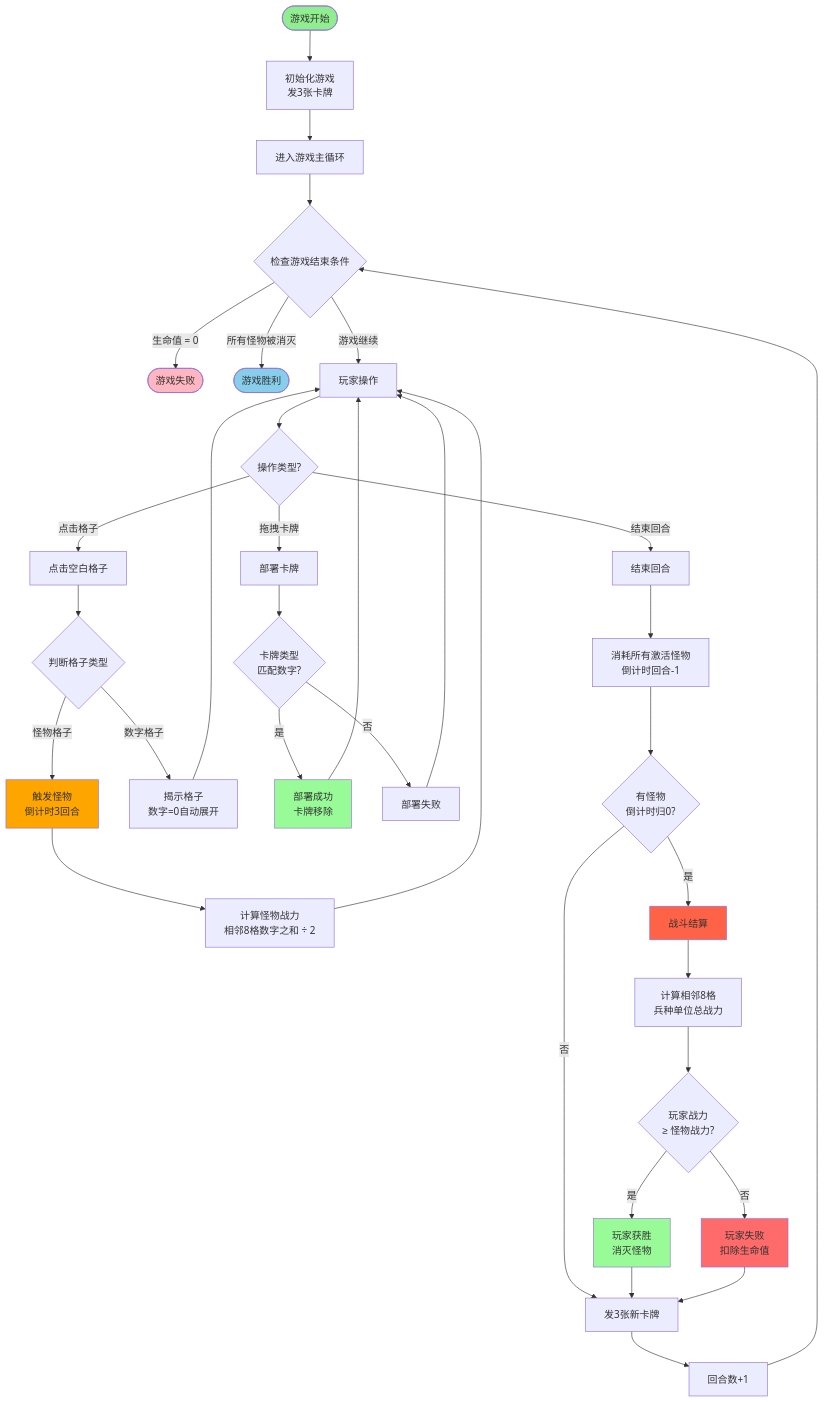
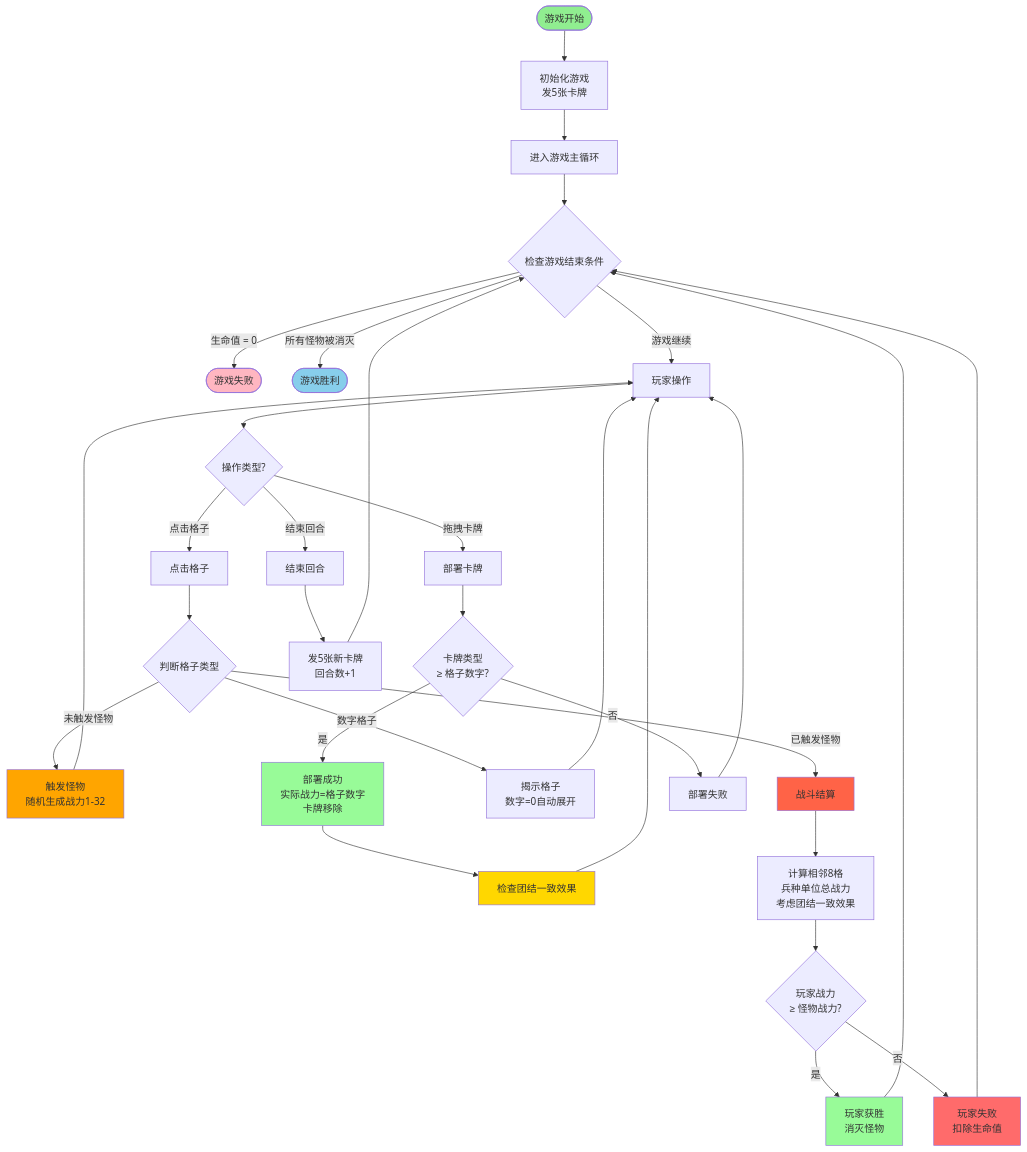
The first of 4 diagrams in doc/流程图.md (JourneyHans/MinefieldBattle), drawn with Mermaid before and after one commit. The commit also changed other lines of this file and 2 other files, not shown here.

````diff
--- a/doc/流程图.md
+++ b/doc/流程图.md
@@ -37,61 +42,57 @@
 ```mermaid
 flowchart TD
-    Start([游戏开始]) --> InitGame[初始化游戏<br/>发3张卡牌]
+    Start([游戏开始]) --> InitGame[初始化游戏<br/>发5张卡牌]
     InitGame --> GameLoop[进入游戏主循环]
     
     GameLoop --> CheckGameOver{检查游戏结束条件}
     
     CheckGameOver -->|生命值 = 0| GameFail([游戏失败])
     CheckGameOver -->|所有怪物被消灭| GameWin([游戏胜利])
     CheckGameOver -->|游戏继续| PlayerAction[玩家操作]
     
     PlayerAction --> ActionType{操作类型?}
     
-    ActionType -->|点击格子| ClickCell[点击空白格子]
+    ActionType -->|点击格子| ClickCell[点击格子]
     ActionType -->|拖拽卡牌| DeployCard[部署卡牌]
     ActionType -->|结束回合| EndTurn[结束回合]
     
     ClickCell --> CheckCellType{判断格子类型}
     
-    CheckCellType -->|怪物格子| TriggerMonster[触发怪物<br/>倒计时3回合]
+    CheckCellType -->|未触发怪物| TriggerMonster[触发怪物<br/>随机生成战力1-32]
+    CheckCellType -->|已触发怪物| BattleSettlement[战斗结算]
     CheckCellType -->|数字格子| RevealCell[揭示格子<br/>数字=0自动展开]
     
-    TriggerMonster --> CalcMonsterPower[计算怪物战力<br/>相邻8格数字之和 ÷ 2]
-    CalcMonsterPower --> PlayerAction
+    TriggerMonster --> PlayerAction
     
     RevealCell --> PlayerAction
     
-    DeployCard --> CheckMatch{卡牌类型<br/>匹配数字?}
-    CheckMatch -->|是| DeploySuccess[部署成功<br/>卡牌移除]
+    DeployCard --> CheckMatch{卡牌类型<br/>≥ 格子数字?}
+    CheckMatch -->|是| DeploySuccess[部署成功<br/>实际战力=格子数字<br/>卡牌移除]
     CheckMatch -->|否| DeployFail[部署失败]
     
-    DeploySuccess --> PlayerAction
+    DeploySuccess --> UnityCheck[检查团结一致效果]
+    UnityCheck --> PlayerAction
     DeployFail --> PlayerAction
     
-    EndTurn --> ConsumeCountdown[消耗所有激活怪物<br/>倒计时回合-1]
-    ConsumeCountdown --> CheckCountdown{有怪物<br/>倒计时归0?}
+    EndTurn --> DealCards[发5张新卡牌<br/>回合数+1]
+    DealCards --> CheckGameOver
     
-    CheckCountdown -->|是| BattleSettlement[战斗结算]
-    CheckCountdown -->|否| DealCards[发3张新卡牌]
-    
-    BattleSettlement --> CalcPlayerPower[计算相邻8格<br/>兵种单位总战力]
+    BattleSettlement --> CalcPlayerPower[计算相邻8格<br/>兵种单位总战力<br/>考虑团结一致效果]
     CalcPlayerPower --> ComparePower{玩家战力<br/>≥ 怪物战力?}
     
     ComparePower -->|是| PlayerWin[玩家获胜<br/>消灭怪物]
     ComparePower -->|否| PlayerLose[玩家失败<br/>扣除生命值]
     
-    PlayerWin --> DealCards
-    PlayerLose --> DealCards
-    
-    DealCards --> TurnPlus[回合数+1]
-    TurnPlus --> CheckGameOver
+    PlayerWin --> CheckGameOver
+    PlayerLose --> CheckGameOver
     
     style Start fill:#90EE90
     style GameWin fill:#87CEEB
     style GameFail fill:#FFB6C1
     style TriggerMonster fill:#FFA500
     style BattleSettlement fill:#FF6347
     style PlayerWin fill:#98FB98
     style PlayerLose fill:#FF6B6B
     style DeploySuccess fill:#98FB98
+    style UnityCheck fill:#FFD700
 ```
````
